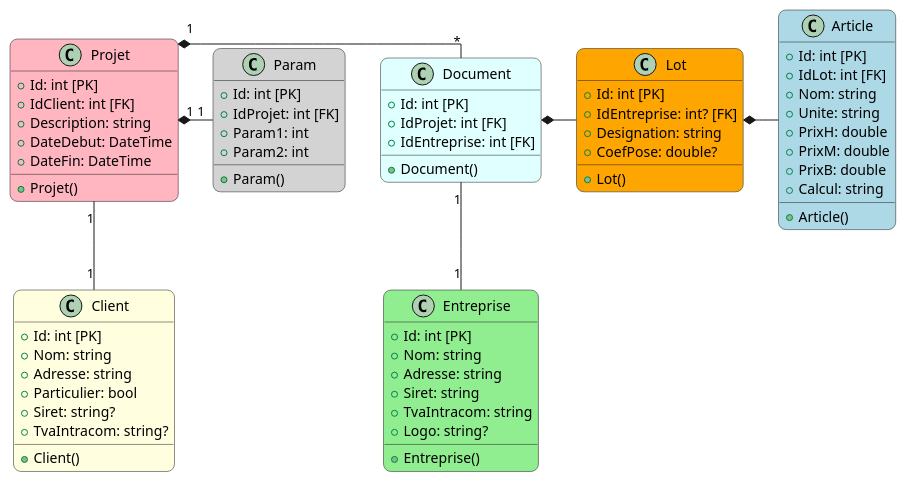
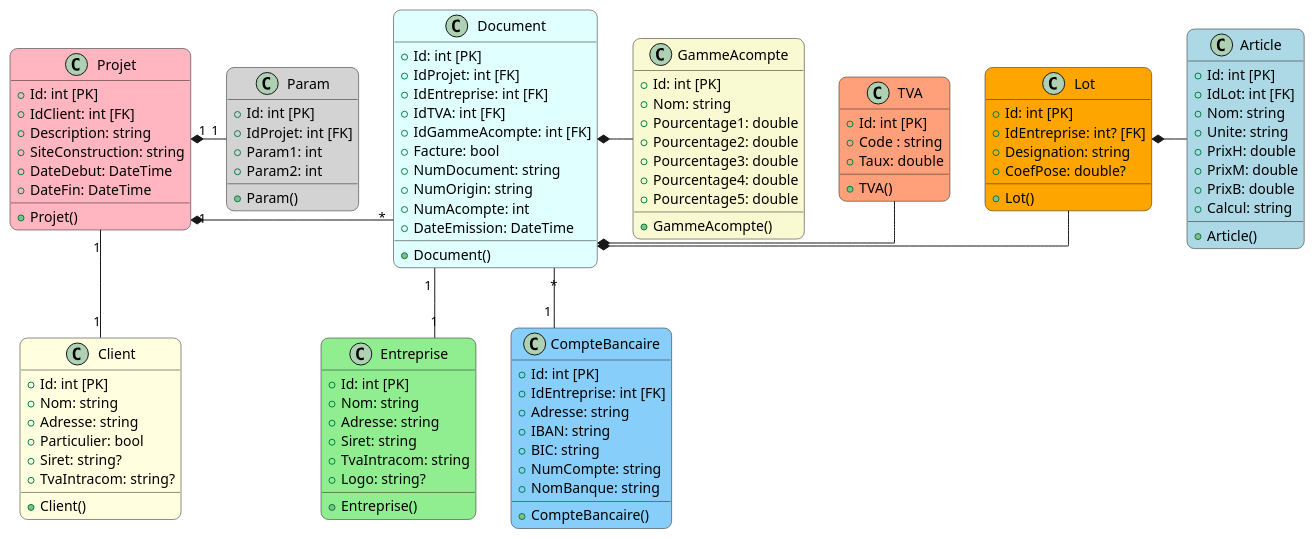
One commit to gmobetie/P2i_BHBq changed the diagram in BHBq/BHBq.puml. Above: the diagram before and after it, drawn with PlantUML. The commit also changed 2 other files, not shown here.

```diff
--- a/BHBq/BHBq.puml
+++ b/BHBq/BHBq.puml
@@ -1,94 +1,140 @@
 @startuml BHBq_Diagram
 
 skinparam defaultFontName Arial
 skinparam linetype ortho
 skinparam linewidth 2
 skinparam roundcorner 15
 
 ' Classe représentant un article qui apparaitra comme une ligne sur le devis
 class Article #lightblue {
   + Id: int [PK]
   + IdLot: int [FK]
   + Nom: string
   + Unite: string
   + PrixH: double
   + PrixM: double
   + PrixB: double
   + Calcul: string
 
   + Article()
 }
 
 ' Classe représentant un client du Groupe BHB
 class Client #lightyellow {
   + Id: int [PK]
   + Nom: string
   + Adresse: string
   + Particulier: bool
   + Siret: string?
   + TvaIntracom: string?
 
   + Client()
 }
 
 ' Classe représentant une entreprise du groupe BHB
 class Entreprise #lightgreen {
   + Id: int [PK]
   + Nom: string
   + Adresse: string
   + Siret: string
   + TvaIntracom: string
   + Logo: string?
 
   + Entreprise()
 }
 
 ' Classe représentant un lot (ensemble d'articles)
 class Lot #orange {
+
   + Id: int [PK]
   + IdEntreprise: int? [FK]
   + Designation: string
   + CoefPose: double?
 
   + Lot()
 }
 
 ' Classe représentant un projet, qui regroupe les informations relatives à un projet
 class Projet #lightpink {
   + Id: int [PK]
   + IdClient: int [FK]
   + Description: string
+  + SiteConstruction: string
   + DateDebut: DateTime
   + DateFin: DateTime
 
   + Projet()
 }
 
 ' Classe représentant l'ensemble des paramètres modélisation une ou plusieurs constructions
 class Param #lightgrey {
   + Id: int [PK]
   + IdProjet: int [FK]
   + Param1: int
   + Param2: int
 
   + Param()
 }
 
-' Classe représentant un document type Facture, Devis, Avenant, etc.
+' Classe représentant un document type Facture, Devis, Acompte, Avenant, etc.
 class Document #lightcyan {
+
   + Id: int [PK]
   + IdProjet: int [FK]
   + IdEntreprise: int [FK]
+  + IdTVA: int [FK]
+  + IdGammeAcompte: int [FK]
+  + Facture: bool
+  + NumDocument: string
+  + NumOrigin: string
+  + NumAcompte: int
+  + DateEmission: DateTime
+
 
   + Document()
+}
+
+class TVA #LightSalmon {
+  + Id: int [PK]
+  + Code : string
+  + Taux: double
+
+  + TVA()
+}
+
+class GammeAcompte #LightGoldenRodYellow {
+  + Id: int [PK]
+  + Nom: string
+  + Pourcentage1: double
+  + Pourcentage2: double
+  + Pourcentage3: double
+  + Pourcentage4: double
+  + Pourcentage5: double
+
+  + GammeAcompte()
+}
+
+class CompteBancaire #LightSkyBlue {
+  + Id: int [PK]
+  + IdEntreprise: int [FK]
+  + Adresse: string
+  + IBAN: string
+  + BIC: string
+  + NumCompte: string
+  + NomBanque: string
+
+  + CompteBancaire()
 }
 
 ' Relations entre les classes
 Projet "1" -- "1" Client
 Projet "1" *- "*" Document
 Projet "1" *- "1" Param
 Document *- Lot
 Lot *- Article
 Document "1" -- "1" Entreprise
+Document *- TVA
+Document *- GammeAcompte
+Document "*" -- "1" CompteBancaire
 
 @enduml
```
